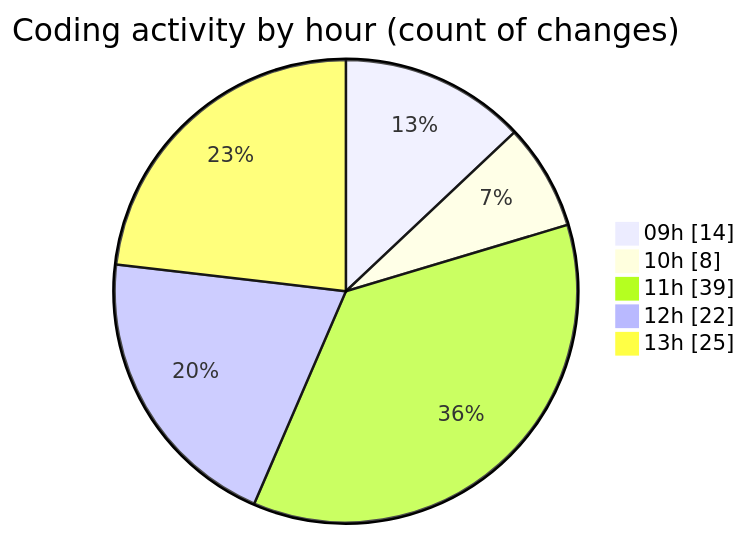
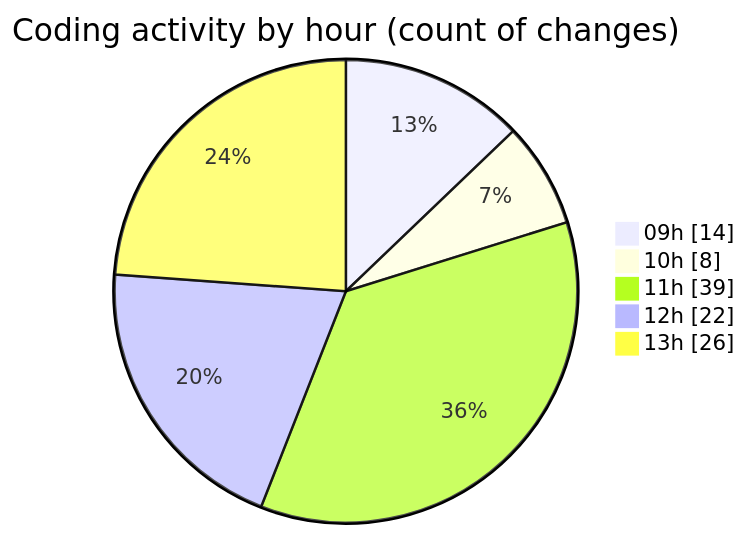
The second of 2 diagrams in 2025-02-07/cda/README.md (momahboobian/code-tracking), drawn with Mermaid before and after one commit. The commit also changed other lines of this file and 1 other file, not shown here.

````diff
--- a/2025-02-07/cda/README.md
+++ b/2025-02-07/cda/README.md
@@ -60,9 +61,9 @@
 ```mermaid
 pie showData
 title Coding activity by hour (count of changes)
 "09h" : 14
 "10h" : 8
 "11h" : 39
 "12h" : 22
-"13h" : 25
+"13h" : 26
 ```
````
